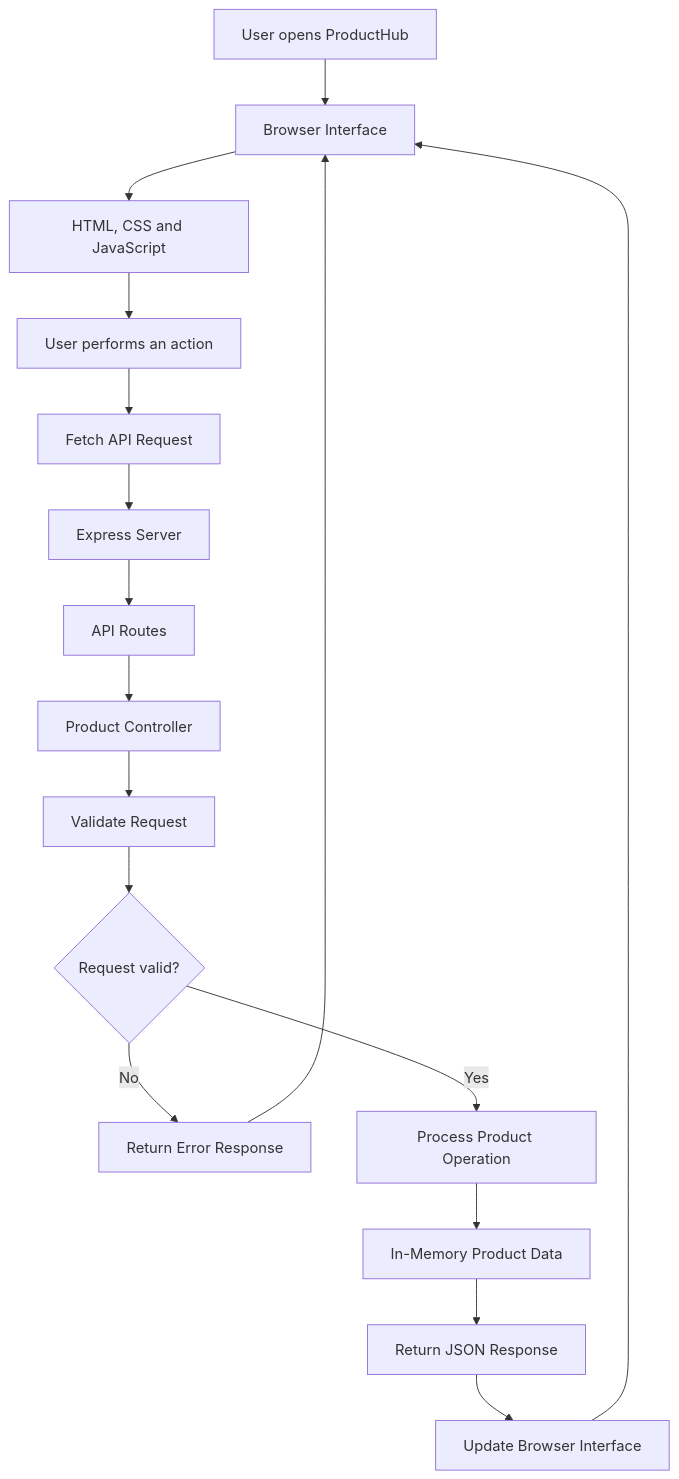
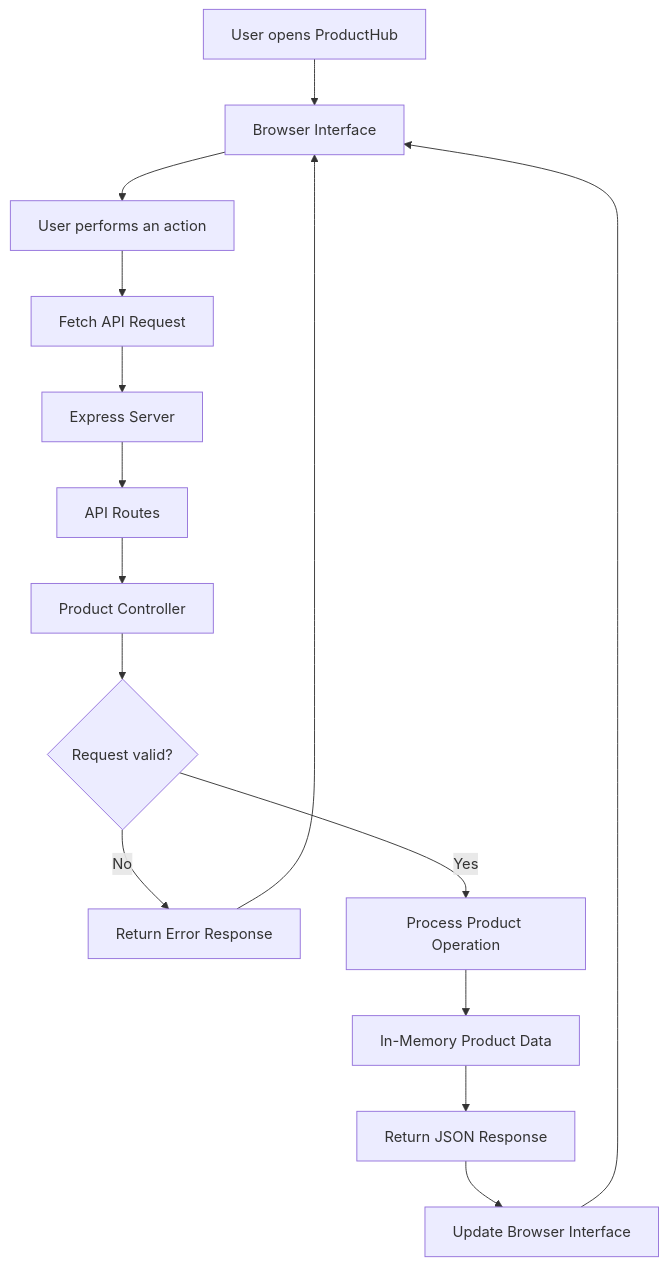
The first of 2 diagrams in README.md (rachit1807/ProductHub-API), drawn with Mermaid before and after one commit. The commit also changed other lines of this file, not shown here.

Commit message:
docs: update ProductHub API README

````diff
--- a/README.md
+++ b/README.md
@@ -175,19 +177,17 @@
 ```mermaid
-flowchart TD
-    A["User opens ProductHub"] --> B["Browser Interface"]
-    B --> C["HTML, CSS and JavaScript"]
-    C --> D["User performs an action"]
-    D --> E["Fetch API Request"]
-    E --> F["Express Server"]
-    F --> G["API Routes"]
-    G --> H["Product Controller"]
-    H --> I["Validate Request"]
-    I --> J{"Request valid?"}
-    J -- "No" --> K["Return Error Response"]
-    K --> B
-    J -- "Yes" --> L["Process Product Operation"]
-    L --> M["In-Memory Product Data"]
-    M --> N["Return JSON Response"]
-    N --> O["Update Browser Interface"]
-    O --> B
+graph TD
+    A[User opens ProductHub] --> B[Browser Interface]
+    B --> C[User performs an action]
+    C --> D[Fetch API Request]
+    D --> E[Express Server]
+    E --> F[API Routes]
+    F --> G[Product Controller]
+    G --> H{Request valid?}
+    H -->|No| I[Return Error Response]
+    H -->|Yes| J[Process Product Operation]
+    J --> K[In-Memory Product Data]
+    K --> L[Return JSON Response]
+    L --> M[Update Browser Interface]
+    M --> B
+    I --> B
 ```
````
